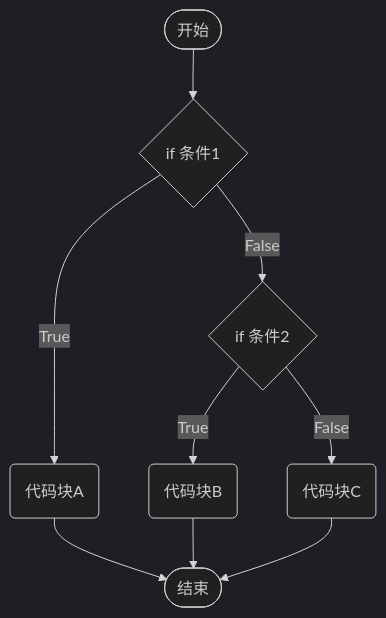
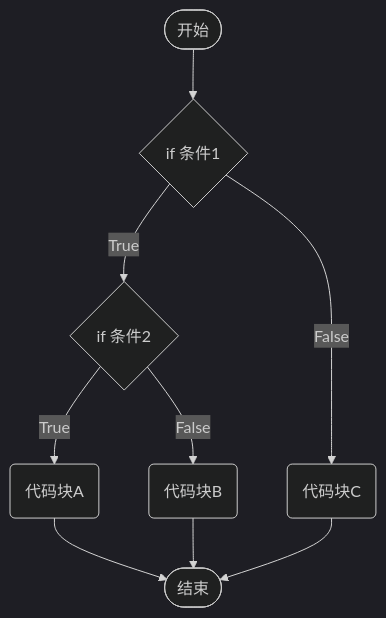
Before and after one commit to hughxusu/lesson-py: the third of 3 diagrams in docs/a-base/7-条件.md, drawn with Mermaid (dark theme).

Commit message:
修改条件表达是章节

````diff
--- a/docs/a-base/7-条件.md
+++ b/docs/a-base/7-条件.md
@@ -148,6 +272,6 @@
 ```mermaid
 flowchart
-    a([开始])-->b{if 条件1}--True-->c(代码块A)-->e([结束])
-    b--False-->f{if 条件2}--True-->g(代码块B)-->e
-    f--False-->h(代码块C)-->e
+    a([开始])-->b{if 条件1}--True-->c{if 条件2}--True-->d(代码块A)-->e([结束])
+    c--False-->g(代码块B)-->e
+    b--False-->h(代码块C)-->e
 ```
````
